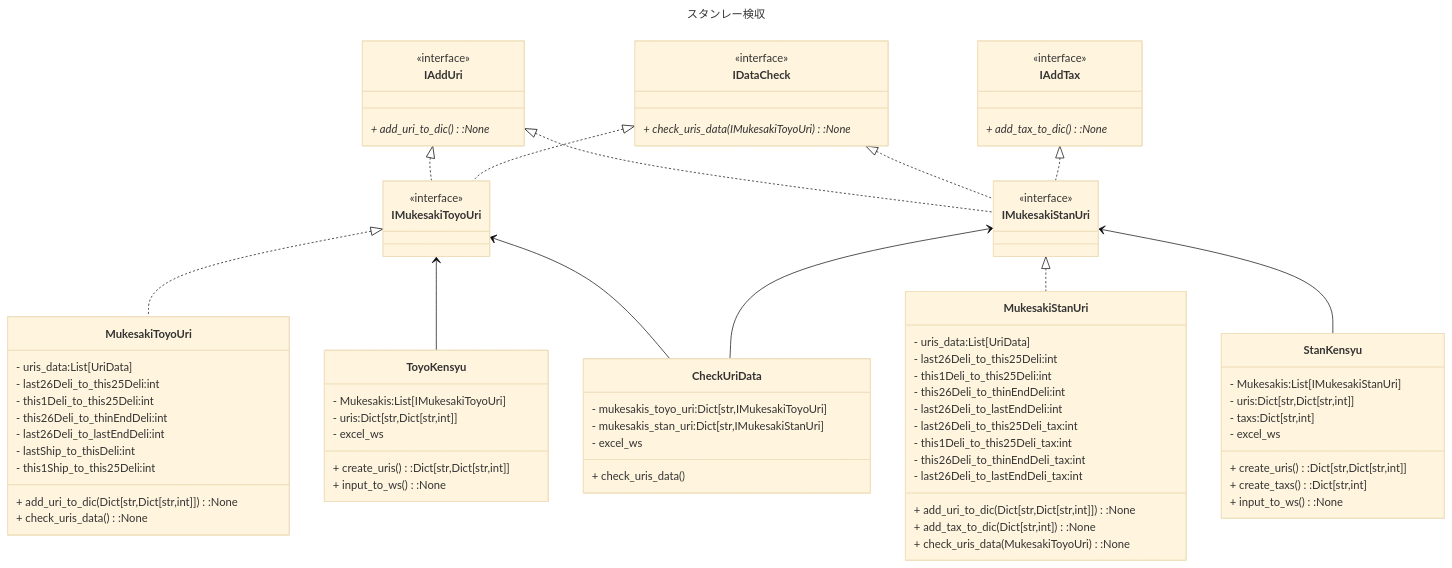
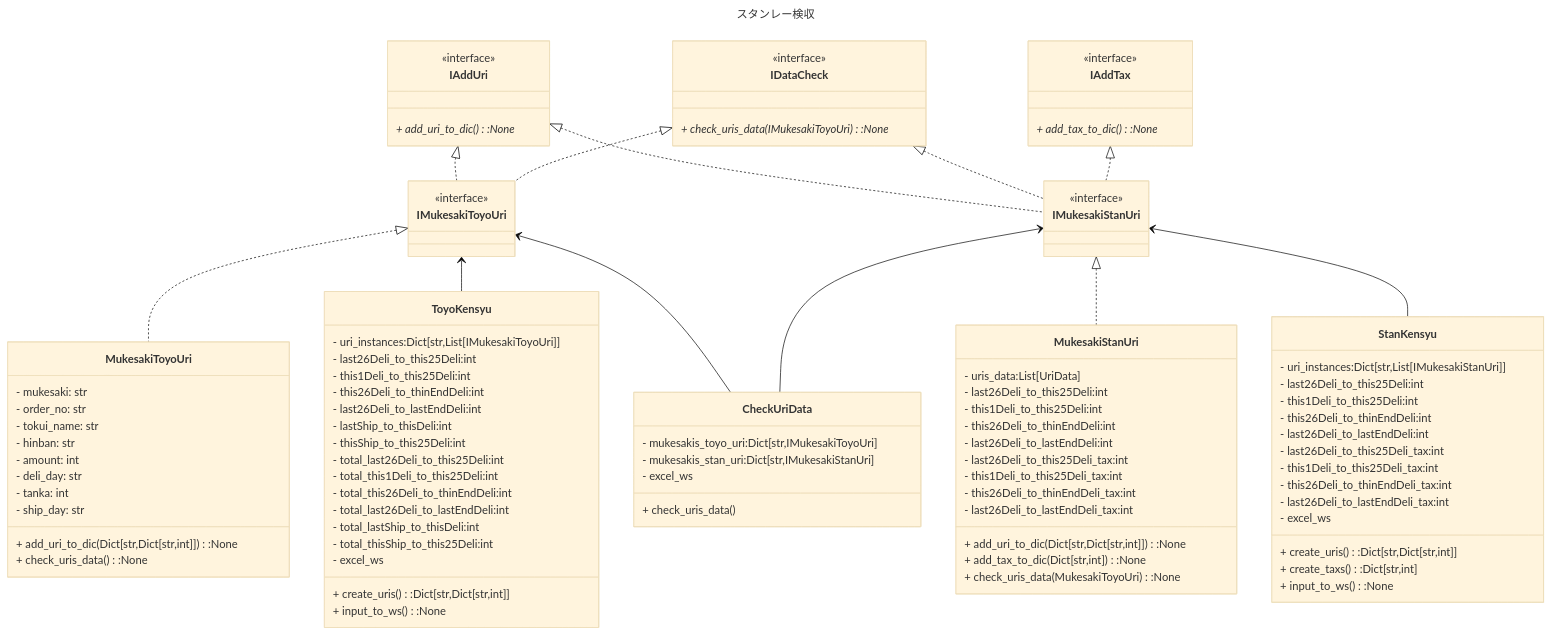
Before and after one commit to ogashira/stanley_kensyu: the diagram in stanley_kensyu.md, drawn with Mermaid (base theme). The commit also changed 7 other files, not shown here.

Commit message:
mukesaki_toyo_uri.py 完成

```diff
--- a/stanley_kensyu.md
+++ b/stanley_kensyu.md
@@ -27,13 +27,14 @@
     <<interface>>
 }
 class MukesakiToyoUri{
-    - uris_data:List[UriData]
-    - last26Deli_to_this25Deli:int
-    - this1Deli_to_this25Deli:int
-    - this26Deli_to_thinEndDeli:int
-    - last26Deli_to_lastEndDeli:int
-    - lastShip_to_thisDeli:int
-    - this1Ship_to_this25Deli:int
+    - mukesaki: str
+    - order_no: str
+    - tokui_name: str
+    - hinban: str
+    - amount: int
+    - deli_day: str
+    - tanka: int
+    - ship_day: str
     + add_uri_to_dic(Dict[str,Dict[str,int]]):None
     + check_uris_data():None
 }
@@ -52,16 +53,33 @@
     + check_uris_data(MukesakiToyoUri):None
 }
 class ToyoKensyu{
-    - Mukesakis:List[IMukesakiToyoUri]
-    - uris:Dict[str,Dict[str,int]]
+    - uri_instances:Dict[str,List[IMukesakiToyoUri]]
+    - last26Deli_to_this25Deli:int
+    - this1Deli_to_this25Deli:int
+    - this26Deli_to_thinEndDeli:int
+    - last26Deli_to_lastEndDeli:int
+    - lastShip_to_thisDeli:int
+    - thisShip_to_this25Deli:int
+    - total_last26Deli_to_this25Deli:int
+    - total_this1Deli_to_this25Deli:int
+    - total_this26Deli_to_thinEndDeli:int
+    - total_last26Deli_to_lastEndDeli:int
+    - total_lastShip_to_thisDeli:int
+    - total_thisShip_to_this25Deli:int
     - excel_ws
     + create_uris():Dict[str,Dict[str,int]]
     + input_to_ws():None
 }
 class StanKensyu{
-    - Mukesakis:List[IMukesakiStanUri]
-    - uris:Dict[str,Dict[str,int]]
-    - taxs:Dict[str,int]
+    - uri_instances:Dict[str,List[IMukesakiStanUri]]
+    - last26Deli_to_this25Deli:int
+    - this1Deli_to_this25Deli:int
+    - this26Deli_to_thinEndDeli:int
+    - last26Deli_to_lastEndDeli:int
+    - last26Deli_to_this25Deli_tax:int
+    - this1Deli_to_this25Deli_tax:int
+    - this26Deli_to_thinEndDeli_tax:int
+    - last26Deli_to_lastEndDeli_tax:int
     - excel_ws
     + create_uris():Dict[str,Dict[str,int]]
     + create_taxs():Dict[str,int]
```
